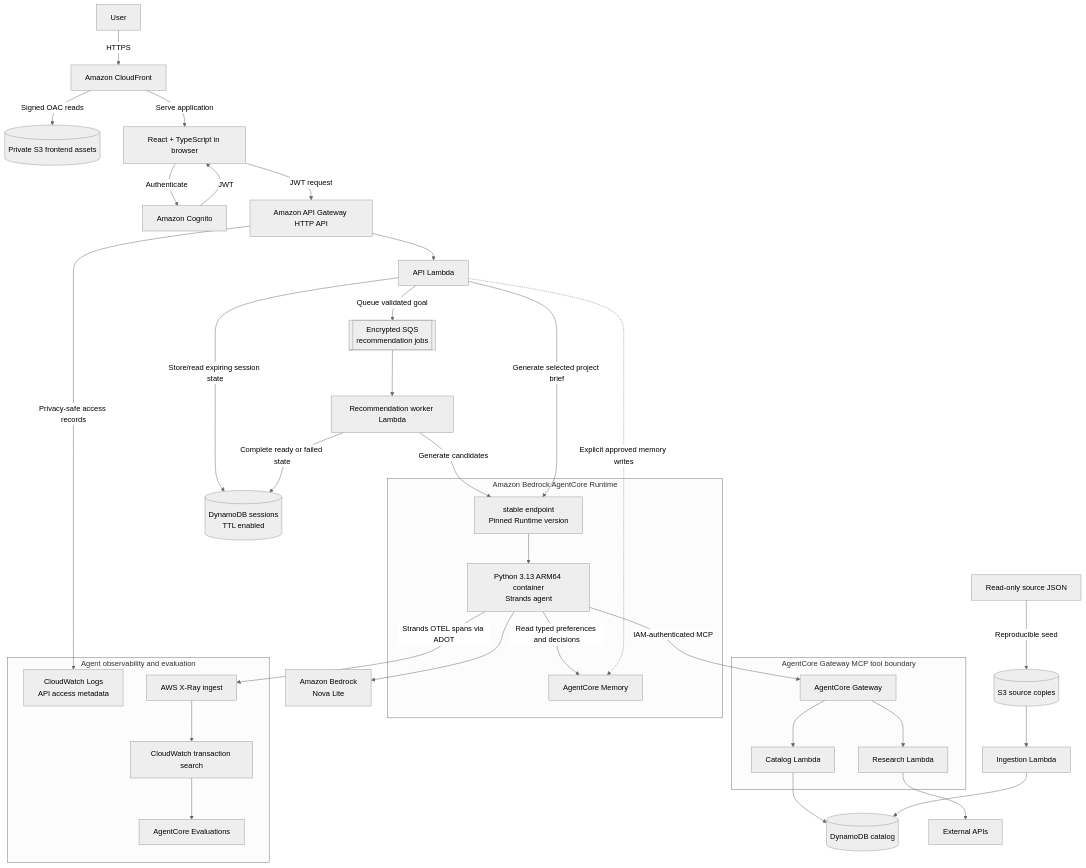
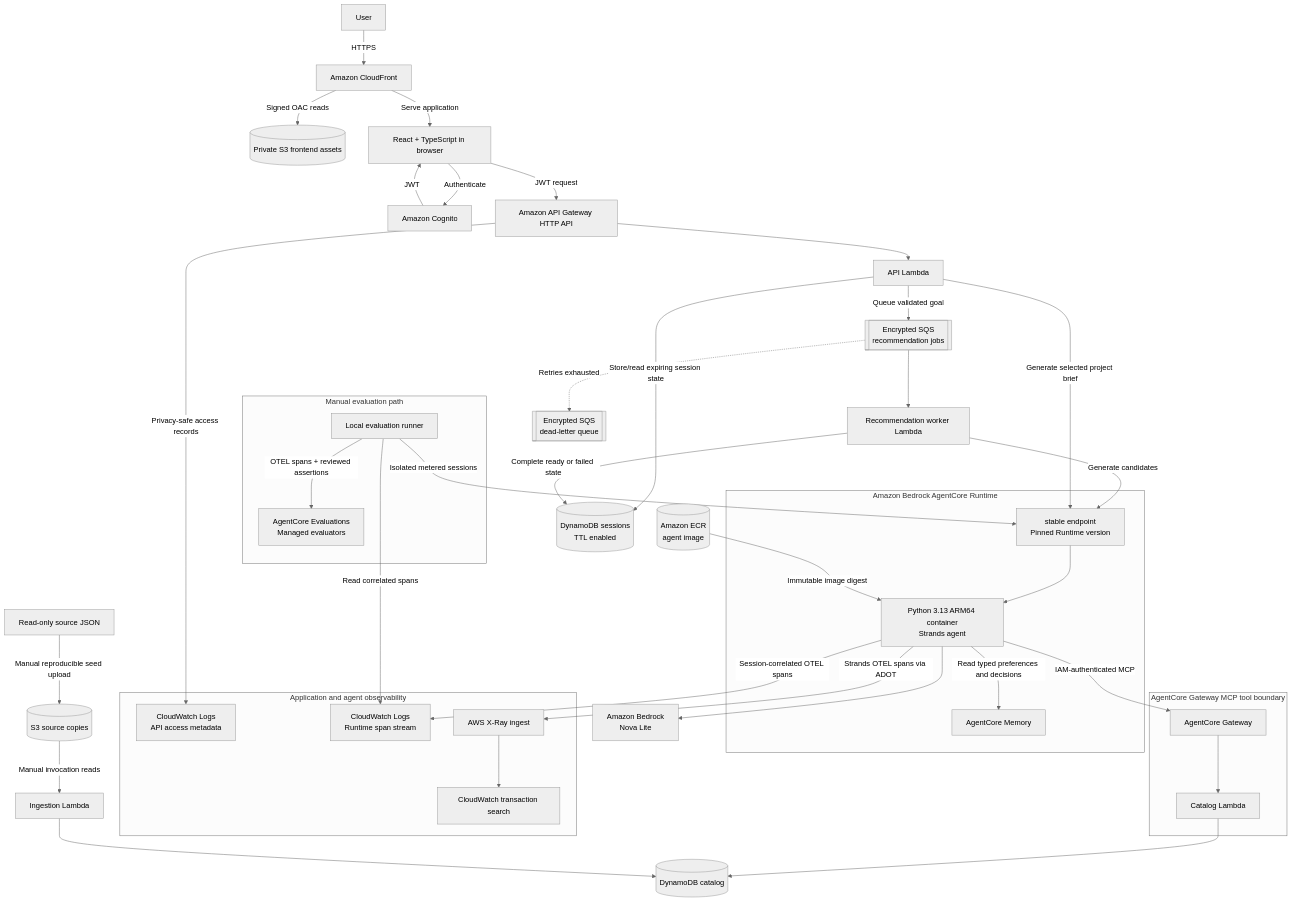
The diagram in README.md (barrettotte/praxis), drawn with Mermaid (neutral theme) before and after one commit. The commit also changed other lines of this file and 25 other files, not shown here.

Commit message:
expand evaluation coverage and add AgentCore scoring

````diff
--- a/README.md
+++ b/README.md
@@ -9,54 +9,62 @@
 ```mermaid
 flowchart TD
     user[User] -->|HTTPS| edge[Amazon CloudFront]
     edge -->|Signed OAC reads| frontendAssets[(Private S3 frontend assets)]
     edge -->|Serve application| ui[React + TypeScript in browser]
     ui -->|Authenticate| cognito[Amazon Cognito]
     cognito -->|JWT| ui
     ui -->|JWT request| apiGateway[Amazon API Gateway HTTP API]
     apiGateway --> apiLambda[API Lambda]
     apiLambda -->|Store/read expiring session state| sessions[(DynamoDB sessions<br/>TTL enabled)]
     apiLambda -->|Queue validated goal| jobs[[Encrypted SQS<br/>recommendation jobs]]
     jobs --> worker[Recommendation worker Lambda]
+    jobs -.->|Retries exhausted| deadLetter[[Encrypted SQS<br/>dead-letter queue]]
     worker -->|Complete ready or failed state| sessions
 
     subgraph runtime[Amazon Bedrock AgentCore Runtime]
         runtimeEndpoint[stable endpoint<br/>Pinned Runtime version]
         agent[Python 3.13 ARM64 container<br/>Strands agent]
         memory[AgentCore Memory]
         runtimeEndpoint --> agent
         agent -->|Read typed preferences and decisions| memory
     end
 
     worker -->|Generate candidates| runtimeEndpoint
     apiLambda -->|Generate selected project brief| runtimeEndpoint
-    apiLambda -.->|Explicit approved memory writes| memory
     agent --> bedrock[Amazon Bedrock<br/>Nova Lite]
+    agentImage[(Amazon ECR<br/>agent image)] -->|Immutable image digest| agent
 
-    subgraph observability[Agent observability and evaluation]
+    subgraph observability[Application and agent observability]
         apiAccessLogs[CloudWatch Logs<br/>API access metadata]
+        runtimeSpans[CloudWatch Logs<br/>Runtime span stream]
         xray[AWS X-Ray ingest]
         cloudwatch[CloudWatch transaction search]
-        evaluations[AgentCore Evaluations]
-        xray --> cloudwatch --> evaluations
+        xray --> cloudwatch
     end
 
     apiGateway -->|Privacy-safe access records| apiAccessLogs
     agent -->|Strands OTEL spans via ADOT| xray
+    agent -->|Session-correlated OTEL spans| runtimeSpans
+
+    subgraph evaluation[Manual evaluation path]
+        evalRunner[Local evaluation runner]
+        managedEvaluators[AgentCore Evaluations<br/>Managed evaluators]
+        evalRunner -->|OTEL spans + reviewed assertions| managedEvaluators
+    end
+
+    evalRunner -->|Isolated metered sessions| runtimeEndpoint
+    evalRunner -->|Read correlated spans| runtimeSpans
 
     subgraph tools[AgentCore Gateway MCP tool boundary]
         gateway[AgentCore Gateway]
         catalogLambda[Catalog Lambda]
-        researchLambda[Research Lambda]
         gateway --> catalogLambda
-        gateway --> researchLambda
     end
 
     agent -->|IAM-authenticated MCP| gateway
     catalogLambda --> catalog[(DynamoDB catalog)]
-    researchLambda --> external[External APIs]
 
-    sources[Read-only source JSON] -->|Reproducible seed| sourceBucket[(S3 source copies)]
-    sourceBucket --> ingestion[Ingestion Lambda]
+    sources[Read-only source JSON] -->|Manual reproducible seed upload| sourceBucket[(S3 source copies)]
+    sourceBucket -->|Manual invocation reads| ingestion[Ingestion Lambda]
     ingestion --> catalog
 ```
````
